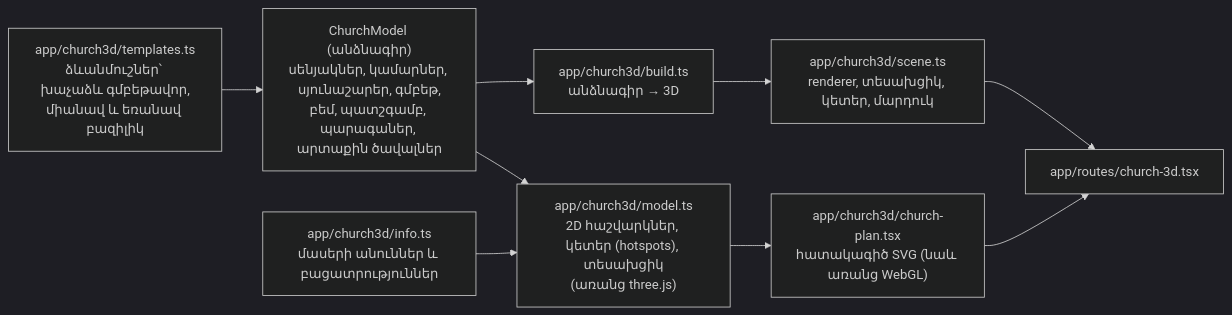
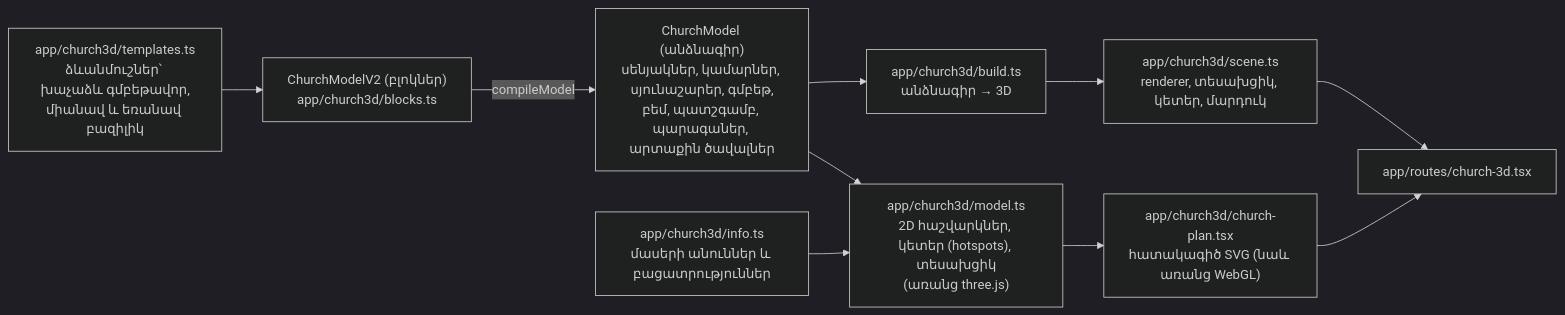
One commit to T0n0yan/armenian-apostolic-digital-library changed diagram 13 of 27 in docs/ARCHITECTURE.md. Above: the diagram before and after it, drawn with Mermaid (dark theme). The commit also changed other lines of this file and 12 other files, not shown here.

````diff
--- a/docs/ARCHITECTURE.md
+++ b/docs/ARCHITECTURE.md
@@ -534,11 +534,12 @@
 ```mermaid
 flowchart LR
-  T["app/church3d/templates.ts<br/>ձևանմուշներ՝ խաչաձև գմբեթավոր,<br/>միանավ և եռանավ բազիլիկ"] --> M["ChurchModel (անձնագիր)<br/>սենյակներ, կամարներ, սյունաշարեր, գմբեթ,<br/>բեմ, պատշգամբ, պարագաներ, արտաքին ծավալներ"]
+  T["app/church3d/templates.ts<br/>ձևանմուշներ՝ խաչաձև գմբեթավոր,<br/>միանավ և եռանավ բազիլիկ"] --> V2["ChurchModelV2 (բլոկներ)<br/>app/church3d/blocks.ts"]
+  V2 -->|compileModel| M["ChurchModel (անձնագիր)<br/>սենյակներ, կամարներ, սյունաշարեր, գմբեթ,<br/>բեմ, պատշգամբ, պարագաներ, արտաքին ծավալներ"]
   M --> MODEL["app/church3d/model.ts<br/>2D հաշվարկներ, կետեր (hotspots), տեսախցիկ<br/>(առանց three.js)"]
   INFO["app/church3d/info.ts<br/>մասերի անուններ և բացատրություններ"] --> MODEL
   M --> BUILD["app/church3d/build.ts<br/>անձնագիր → 3D"]
   BUILD --> SCENE["app/church3d/scene.ts<br/>renderer, տեսախցիկ, կետեր, մարդուկ"]
   MODEL --> SVG["app/church3d/church-plan.tsx<br/>հատակագիծ SVG (նաև առանց WebGL)"]
   SCENE --> PAGE["app/routes/church-3d.tsx"]
   SVG --> PAGE
 ```
````
